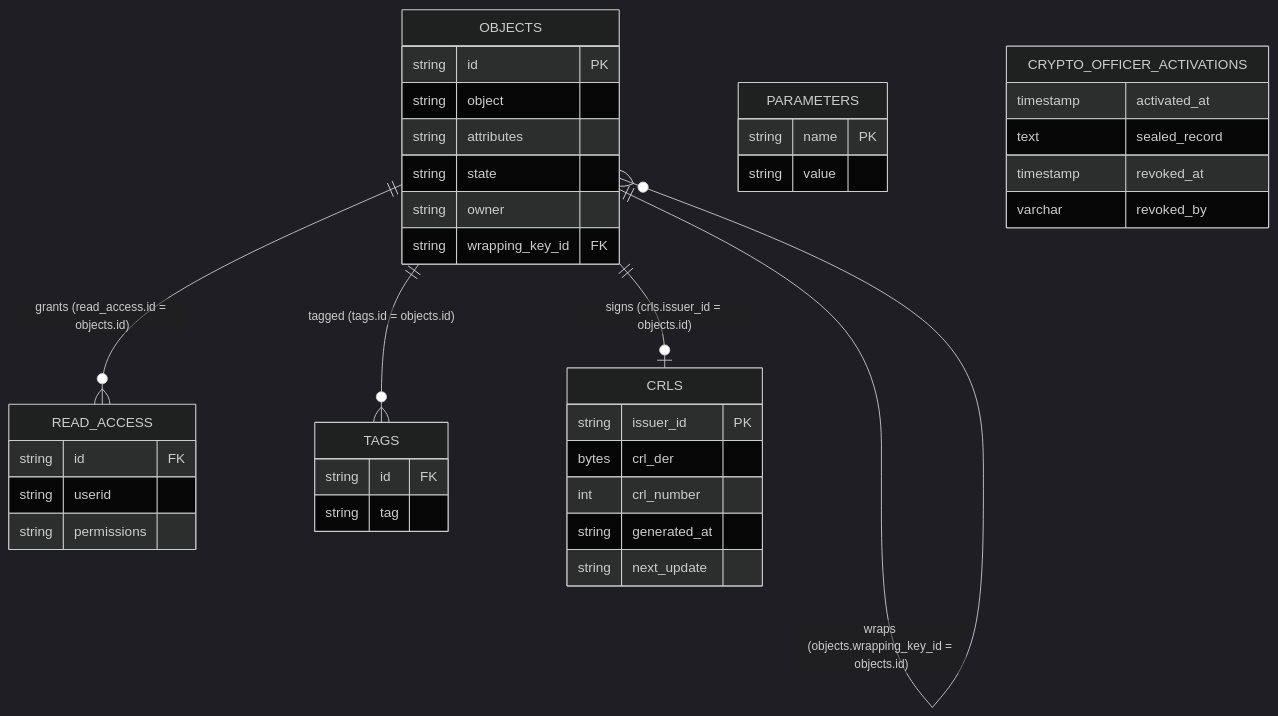
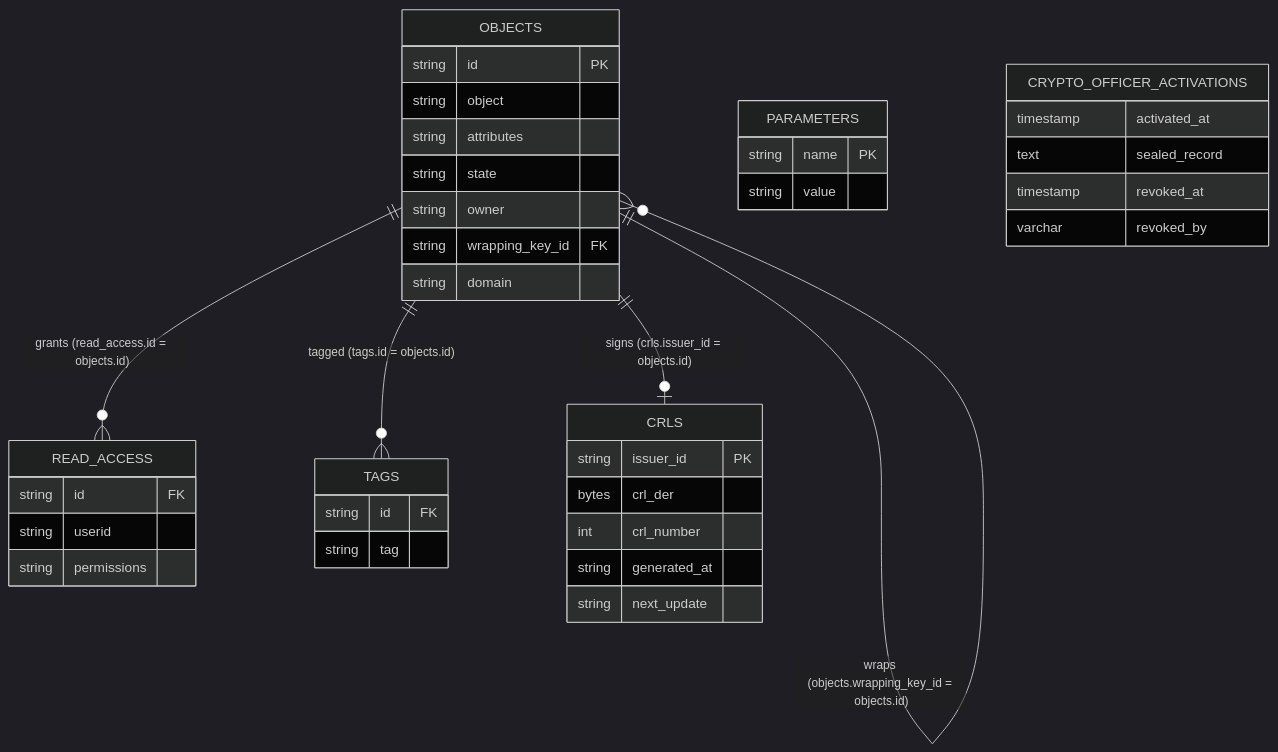
One commit to Cosmian/kms changed the diagram in documentation/docs/configuration/database/tables.md. Above: the diagram before and after it, drawn with Mermaid (dark theme). The commit also changed other lines of this file and 20 other files, not shown here.

````diff
--- a/documentation/docs/configuration/database/tables.md
+++ b/documentation/docs/configuration/database/tables.md
@@ -23,41 +23,42 @@
 ```mermaid
 erDiagram
     OBJECTS ||--o{ READ_ACCESS : "grants (read_access.id = objects.id)"
     OBJECTS ||--o{ TAGS : "tagged (tags.id = objects.id)"
     OBJECTS ||--o{ OBJECTS : "wraps (objects.wrapping_key_id = objects.id)"
     OBJECTS ||--o| CRLS : "signs (crls.issuer_id = objects.id)"
     PARAMETERS {
         string name PK
         string value
     }
     OBJECTS {
         string id PK
         string object
         string attributes
         string state
         string owner
         string wrapping_key_id FK
+        string domain
     }
     READ_ACCESS {
         string id FK
         string userid
         string permissions
     }
     TAGS {
         string id FK
         string tag
     }
     CRLS {
         string issuer_id PK
         bytes  crl_der
         int    crl_number
         string generated_at
         string next_update
     }
     CRYPTO_OFFICER_ACTIVATIONS {
         timestamp activated_at
         text sealed_record
         timestamp revoked_at
         varchar revoked_by
     }
 ```
````
